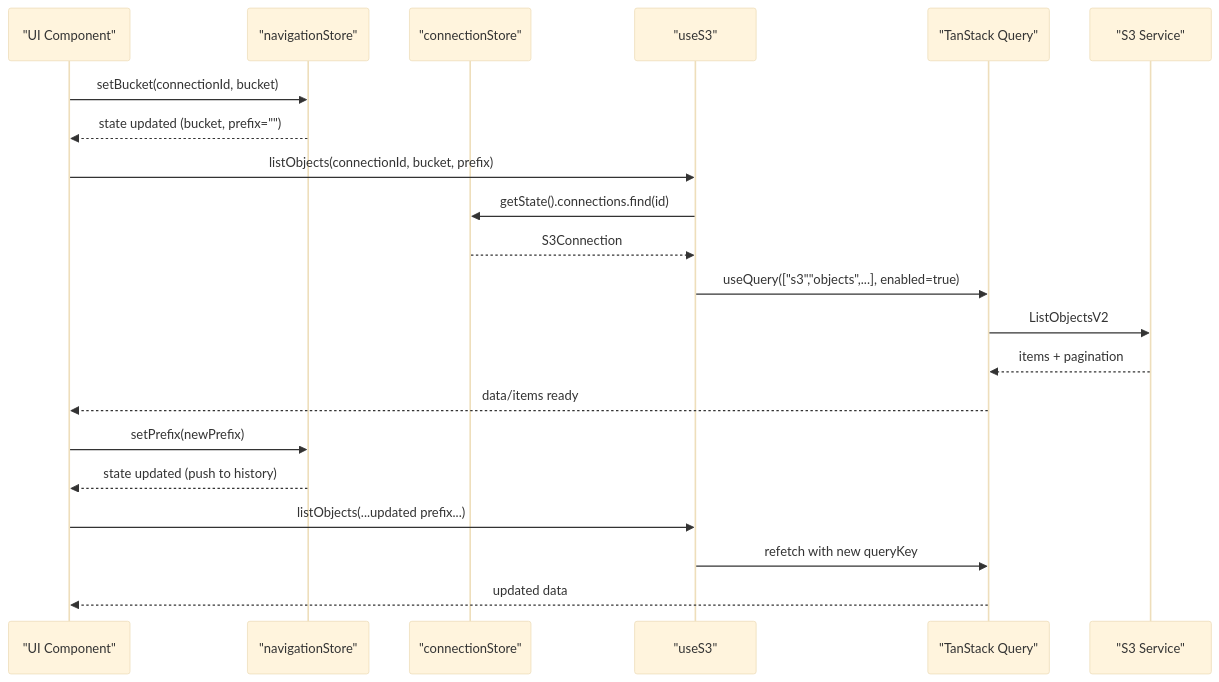
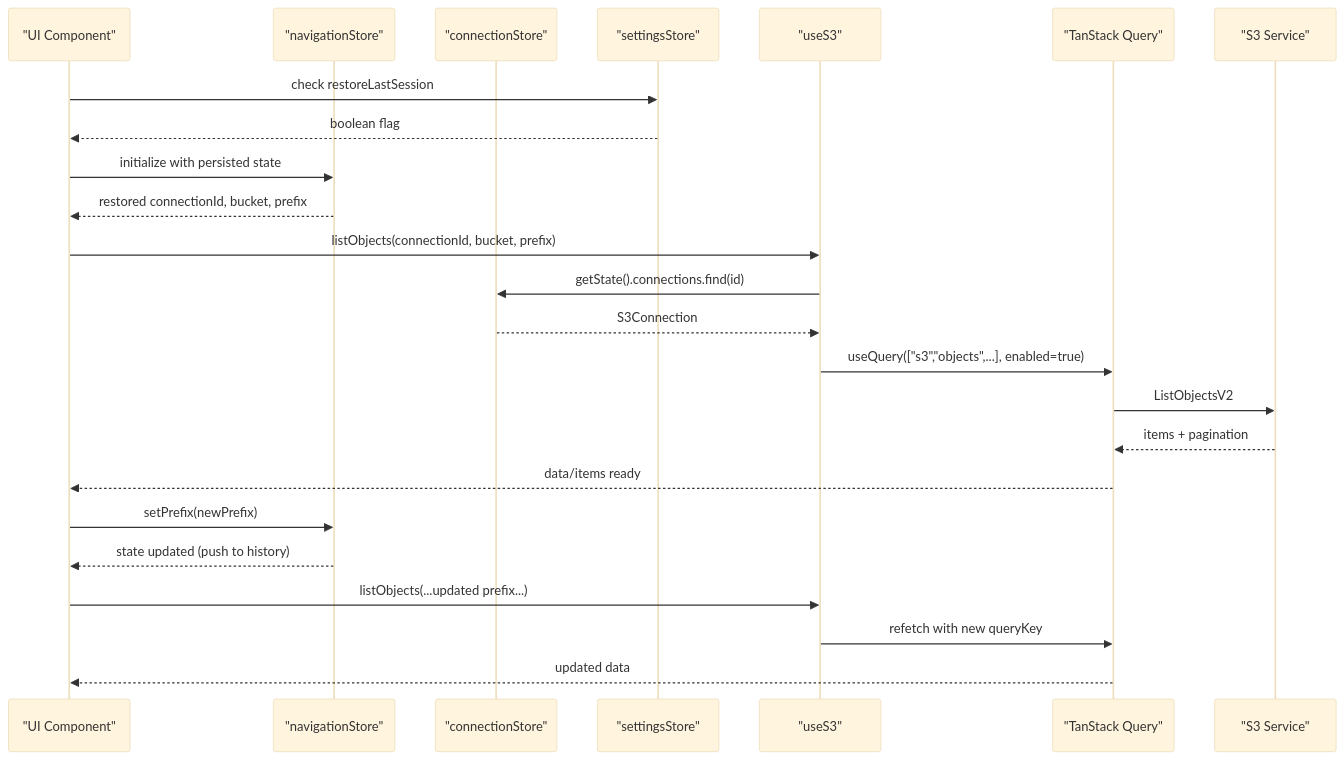
The second of 9 diagrams in .qoder/repowiki/en/content/Core Features/State Management.md (nasrulhadi/s3-explorer), drawn with Mermaid (base theme) before and after one commit. The commit also changed other lines of this file and 26 other files, not shown here.

````diff
--- a/.qoder/repowiki/en/content/Core Features/State Management.md
+++ b/.qoder/repowiki/en/content/Core Features/State Management.md
@@ -131,23 +152,26 @@
 ```mermaid
 sequenceDiagram
 participant UI as "UI Component"
 participant Nav as "navigationStore"
 participant Conn as "connectionStore"
+participant Settings as "settingsStore"
 participant Hook as "useS3"
 participant Q as "TanStack Query"
 participant S3 as "S3 Service"
-UI->>Nav : setBucket(connectionId, bucket)
-Nav-->>UI : state updated (bucket, prefix="")
+UI->>Settings : check restoreLastSession
+Settings-->>UI : boolean flag
+UI->>Nav : initialize with persisted state
+Nav-->>UI : restored connectionId, bucket, prefix
 UI->>Hook : listObjects(connectionId, bucket, prefix)
 Hook->>Conn : getState().connections.find(id)
 Conn-->>Hook : S3Connection
 Hook->>Q : useQuery(["s3","objects",...], enabled=true)
 Q->>S3 : ListObjectsV2
 S3-->>Q : items + pagination
 Q-->>UI : data/items ready
 UI->>Nav : setPrefix(newPrefix)
 Nav-->>UI : state updated (push to history)
 UI->>Hook : listObjects(...updated prefix...)
 Hook->>Q : refetch with new queryKey
 Q-->>UI : updated data
 ```
````
